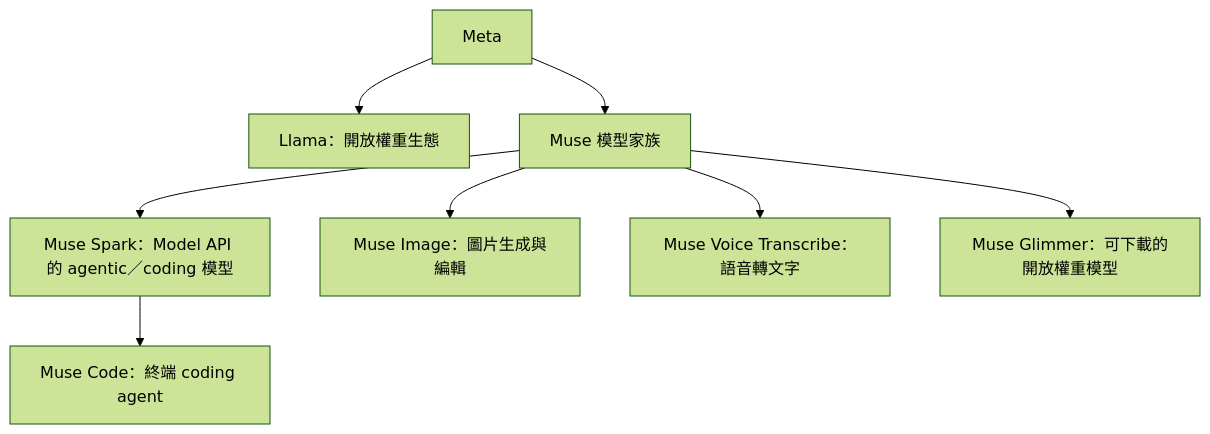
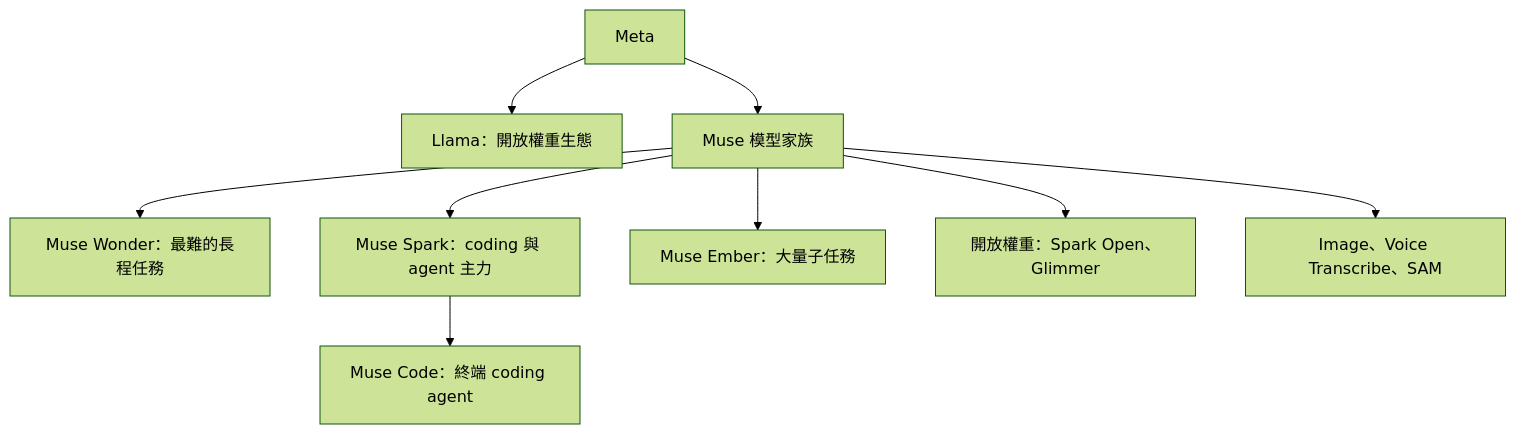
One commit to vincentxuu/quidproquo changed the diagram in src/content/posts/tech/2026-09-19-ai-model-family-muse-spark.md. Above: the diagram before and after it, drawn with Mermaid (forest theme). The commit also changed other lines of this file and 3 other files, not shown here.

First line of the commit message:
post(tech): update Muse 家族補 Wonder、Ember 與 Spark Open，修正 Spark Open 模型卡漏列標示義務

````diff
--- a/src/content/posts/tech/2026-09-19-ai-model-family-muse-spark.md
+++ b/src/content/posts/tech/2026-09-19-ai-model-family-muse-spark.md
@@ -48,10 +55,11 @@
 ```mermaid
 flowchart TD
   Meta[Meta] --> Llama[Llama：開放權重生態]
   Meta --> Muse[Muse 模型家族]
-  Muse --> Spark[Muse Spark：Model API 的 agentic／coding 模型]
-  Muse --> Image[Muse Image：圖片生成與編輯]
-  Muse --> Voice[Muse Voice Transcribe：語音轉文字]
-  Muse --> Glimmer[Muse Glimmer：可下載的開放權重模型]
+  Muse --> Wonder[Muse Wonder：最難的長程任務]
+  Muse --> Spark[Muse Spark：coding 與 agent 主力]
+  Muse --> Ember[Muse Ember：大量子任務]
+  Muse --> Open[開放權重：Spark Open、Glimmer]
+  Muse --> Media[Image、Voice Transcribe、SAM]
   Spark --> Code[Muse Code：終端 coding agent]
 ```
````
